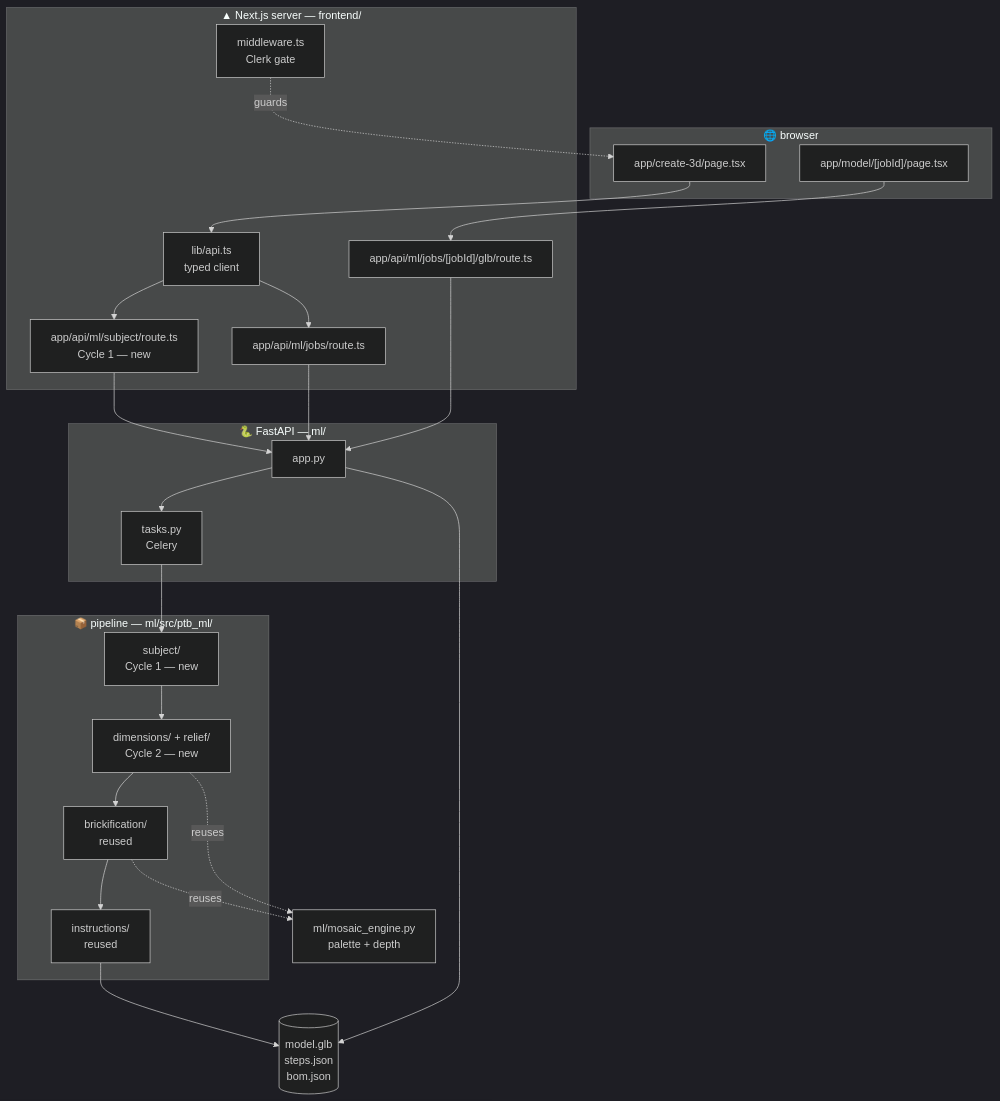
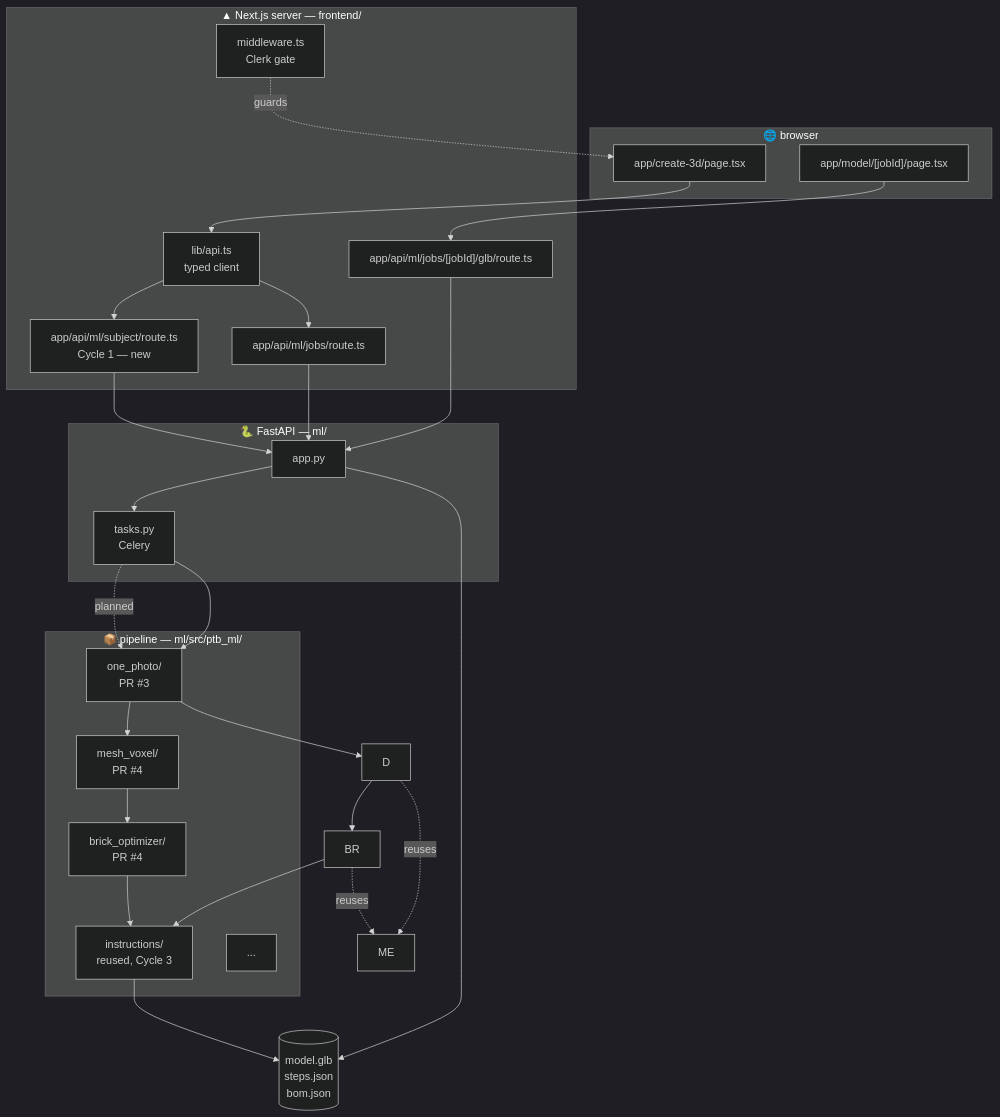
The second of 2 diagrams in README.md (chrisarg311/bricklab), drawn with Mermaid (dark theme) before and after one commit. The commit also changed other lines of this file, not shown here.

````diff
--- a/README.md
+++ b/README.md
@@ -103,38 +102,39 @@
 ```mermaid
 flowchart TB
     subgraph B["🌐 browser"]
         P1["app/create-3d/page.tsx"]
         P2["app/model/[jobId]/page.tsx"]
     end
     subgraph N["▲ Next.js server — frontend/"]
         L["lib/api.ts<br/>typed client"]
         R1["app/api/ml/subject/route.ts<br/>Cycle 1 — new"]
         R2["app/api/ml/jobs/route.ts"]
         R3["app/api/ml/jobs/[jobId]/glb/route.ts"]
         MW["middleware.ts<br/>Clerk gate"]
     end
     subgraph F["🐍 FastAPI — ml/"]
         A["app.py"]
         T["tasks.py<br/>Celery"]
     end
     subgraph M["📦 pipeline — ml/src/ptb_ml/"]
-        S["subject/<br/>Cycle 1 — new"]
-        D["dimensions/ + relief/<br/>Cycle 2 — new"]
-        BR["brickification/<br/>reused"]
-        IN["instructions/<br/>reused"]
+        S["one_photo/<br/>PR #3"]
+        V["mesh_voxel/<br/>PR #4"]
+        BO["brick_optimizer/<br/>PR #4"]
+        IN["instructions/<br/>reused, Cycle 3"]
+    ...
+    T -.planned.-> S --> V --> BO --> IN
     end
-    ME["ml/mosaic_engine.py<br/>palette + depth"]
 
     MW -.guards.-> P1
     P1 --> L
     L --> R1 & R2
     R1 --> A
     R2 --> A
     A --> T
     T --> S --> D --> BR --> IN
     D -.reuses.-> ME
     BR -.reuses.-> ME
     IN --> G[("model.glb<br/>steps.json<br/>bom.json")]
     P2 --> R3 --> A
     A --> G
 ```
````
